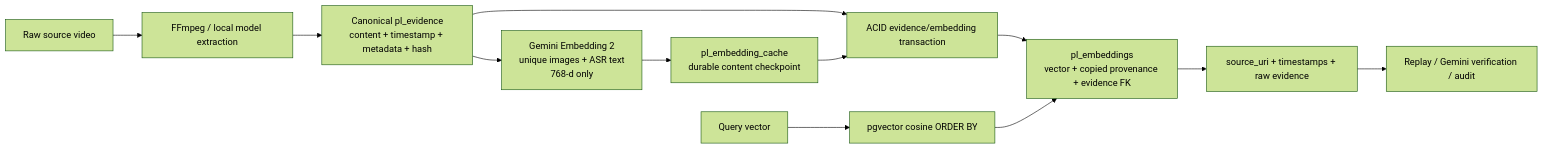
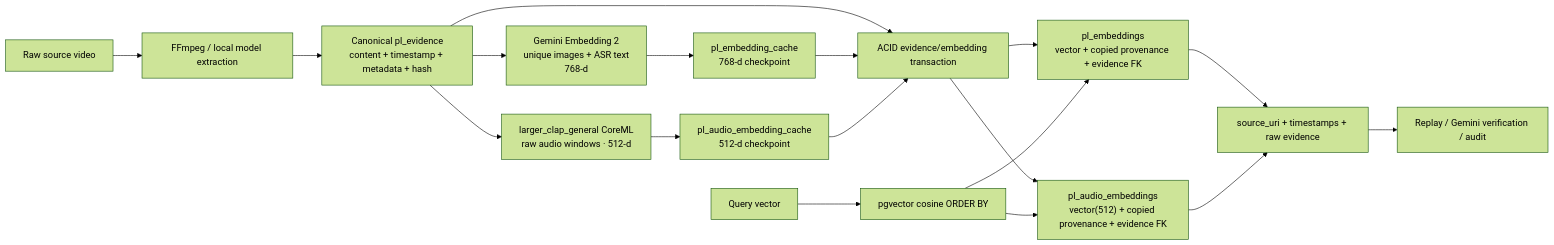
One commit to giaphoang/PatrolLens changed the second of 9 diagrams in SYSTEM_DESIGN.md. Above: the diagram before and after it, drawn with Mermaid (forest theme). The commit also changed other lines of this file and 19 other files, not shown here.

First line of the commit message:
feat(audio): add larger CLAP embeddings with CoreML and ONNX for M3-accelerated audio indexing

````diff
--- a/SYSTEM_DESIGN.md
+++ b/SYSTEM_DESIGN.md
@@ -68,14 +68,20 @@
 ```mermaid
 flowchart LR
     R["Raw source video"] --> X["FFmpeg / local model extraction"]
     X --> E["Canonical pl_evidence\ncontent + timestamp + metadata + hash"]
-    E --> G["Gemini Embedding 2\nunique images + ASR text\n768-d only"]
-    G --> C["pl_embedding_cache\ndurable content checkpoint"]
+    E --> G["Gemini Embedding 2\nunique images + ASR text\n768-d"]
+    E --> CLAP["larger_clap_general CoreML\nraw audio windows · 512-d"]
+    G --> C["pl_embedding_cache\n768-d checkpoint"]
+    CLAP --> AC["pl_audio_embedding_cache\n512-d checkpoint"]
     E --> T["ACID evidence/embedding transaction"]
     C --> T
+    AC --> T
     T --> V["pl_embeddings\nvector + copied provenance + evidence FK"]
+    T --> AV["pl_audio_embeddings\nvector(512) + copied provenance + evidence FK"]
     Q["Query vector"] --> S["pgvector cosine ORDER BY"]
     S --> V
+    S --> AV
     V --> P["source_uri + timestamps + raw evidence"]
+    AV --> P
     P --> A["Replay / Gemini verification / audit"]
 ```
````
